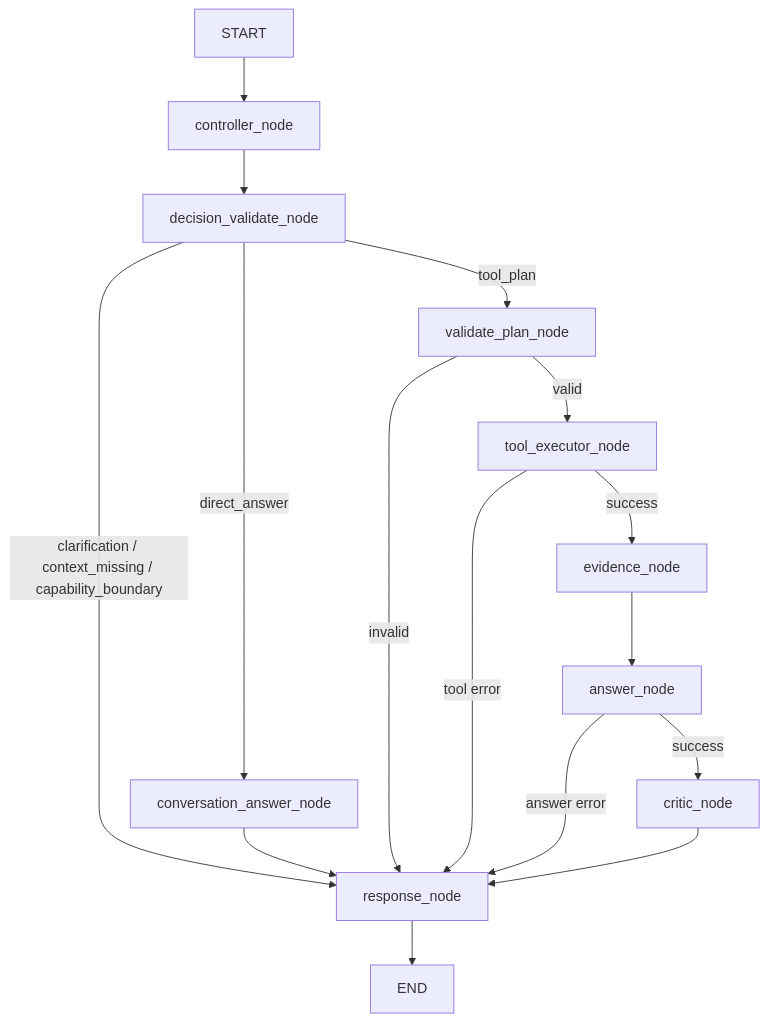
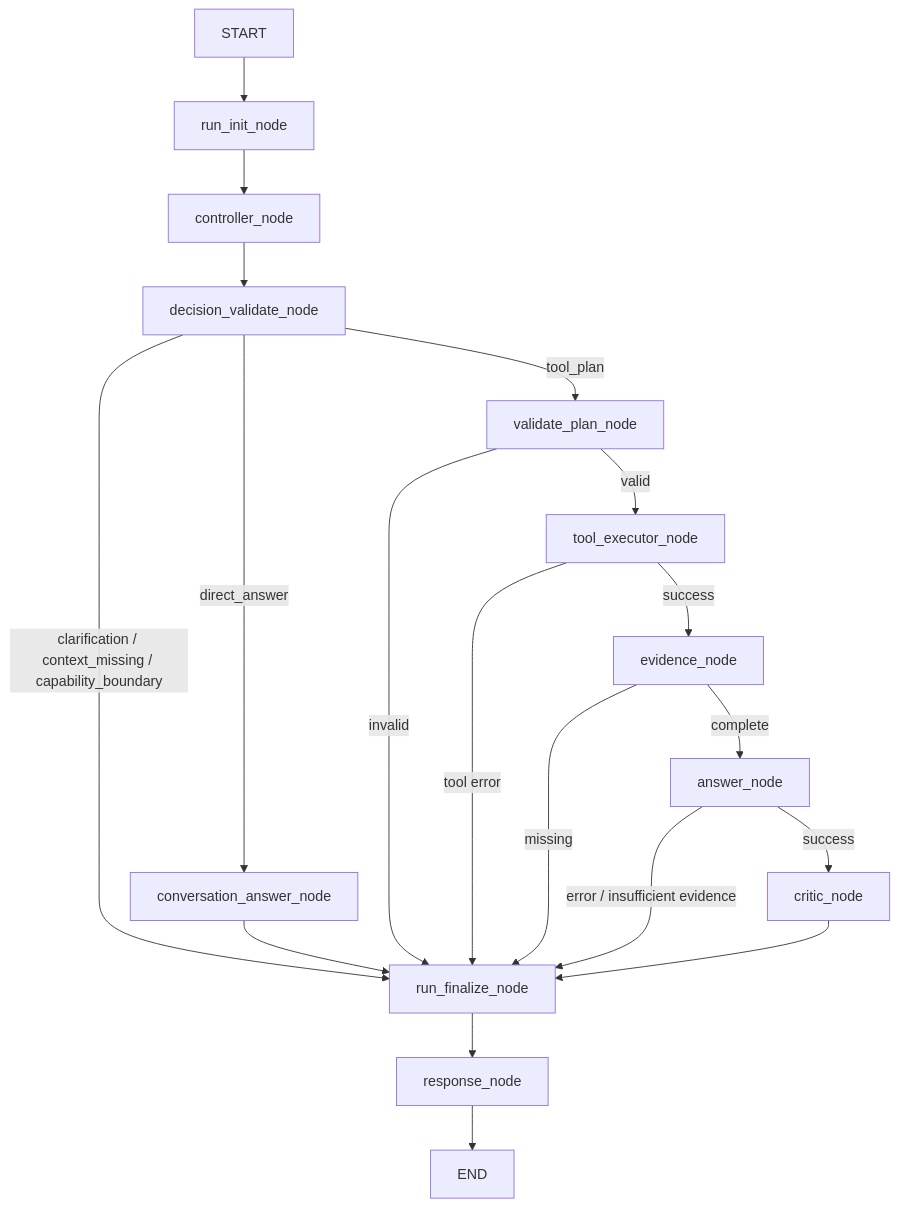
The diagram in docs/design/architecture/DotaMind_V3_node_tool_edge_inventory.md (Philip23333/DotaMind), drawn with Mermaid before and after one commit. The commit also changed other lines of this file and 47 other files, not shown here.

````diff
--- a/docs/design/architecture/DotaMind_V3_node_tool_edge_inventory.md
+++ b/docs/design/architecture/DotaMind_V3_node_tool_edge_inventory.md
@@ -8,18 +11,21 @@
 ```mermaid
 flowchart TD
-    Start["START"] --> Controller["controller_node"]
+    Start["START"] --> RunInit["run_init_node"]
+    RunInit --> Controller["controller_node"]
     Controller --> DecisionValidate["decision_validate_node"]
     DecisionValidate -->|"direct_answer"| Conversation["conversation_answer_node"]
-    DecisionValidate -->|"clarification / context_missing / capability_boundary"| Response["response_node"]
+    DecisionValidate -->|"clarification / context_missing / capability_boundary"| RunFinalize["run_finalize_node"]
     DecisionValidate -->|"tool_plan"| Validate["validate_plan_node"]
-    Conversation --> Response
+    Conversation --> RunFinalize
     Validate -->|"valid"| Tools["tool_executor_node"]
-    Validate -->|"invalid"| Response
+    Validate -->|"invalid"| RunFinalize
     Tools -->|"success"| Evidence["evidence_node"]
-    Tools -->|"tool error"| Response
-    Evidence --> Answer["answer_node"]
+    Tools -->|"tool error"| RunFinalize
+    Evidence -->|"complete"| Answer["answer_node"]
+    Evidence -->|"missing"| RunFinalize
     Answer -->|"success"| Critic["critic_node"]
-    Answer -->|"answer error"| Response
-    Critic --> Response
+    Answer -->|"error / insufficient evidence"| RunFinalize
+    Critic --> RunFinalize
+    RunFinalize --> Response["response_node"]
     Response --> End["END"]
 ```
````
